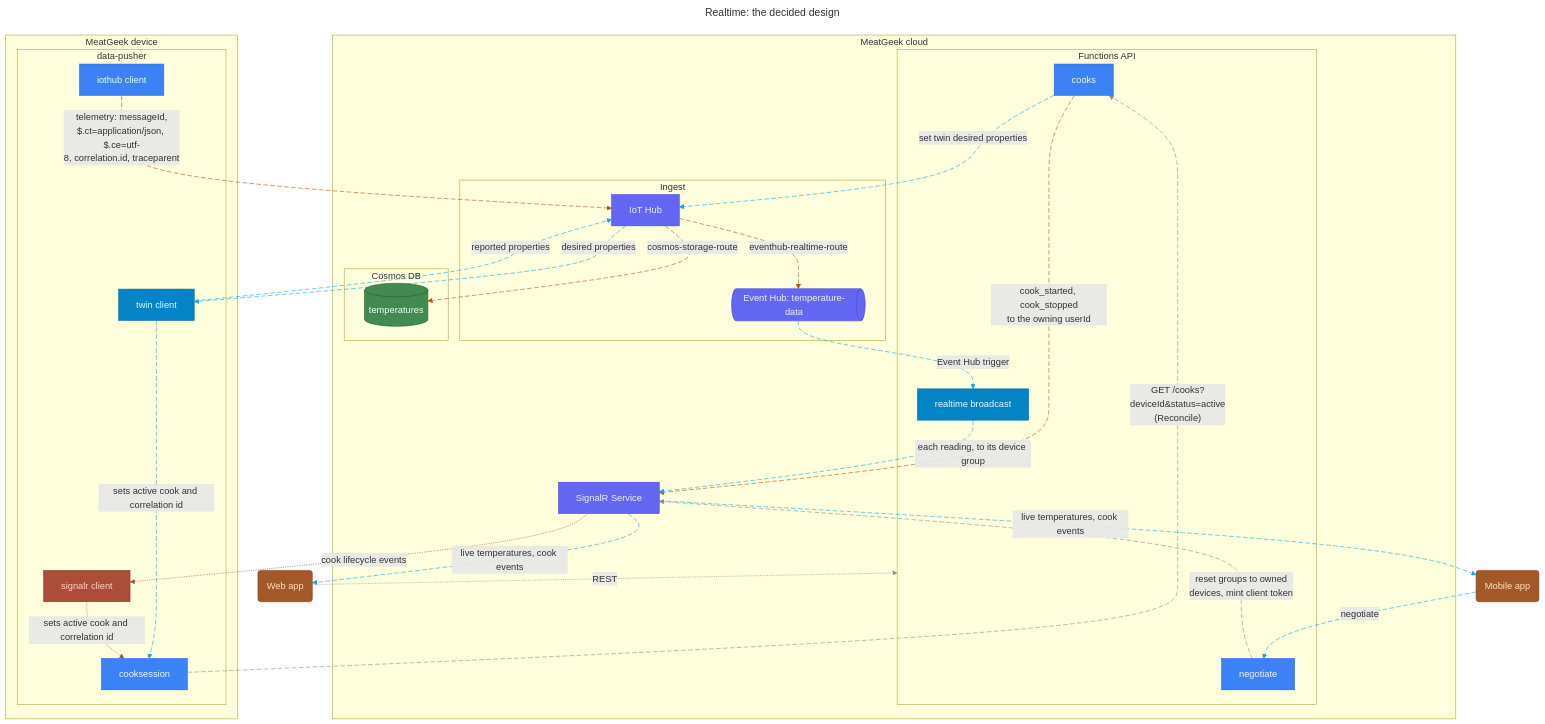
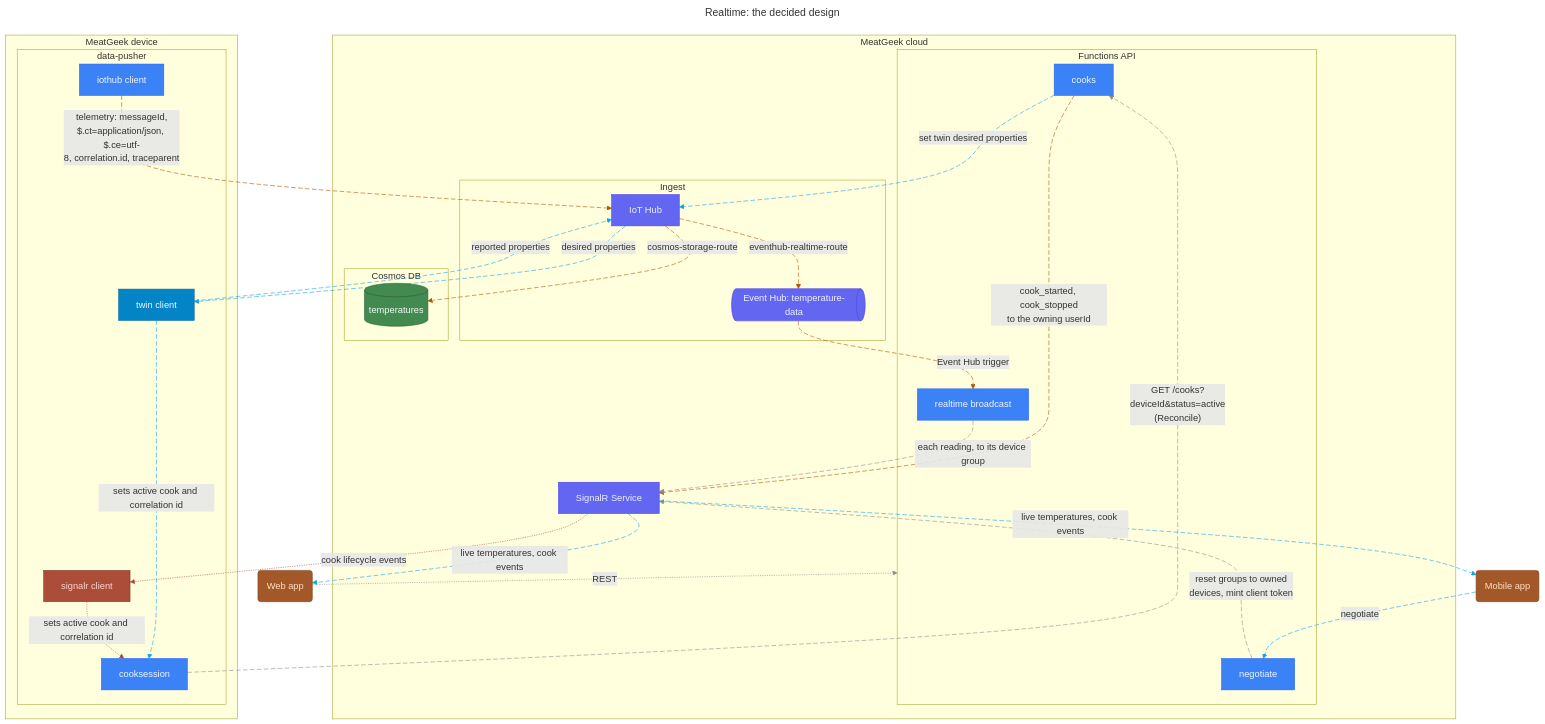
One commit to stevebargelt/meatgeekv2 changed diagram 17 of 19 in docs/architecture/diagrams.md. Above: the diagram before and after it, drawn with Mermaid. The commit also changed other lines of this file and 12 other files, not shown here.

First line of the commit message:
feat(api): HAR-60 broadcastTemperature pushes each temperature-data reading to its device-{id} SignalR group

````diff
--- a/docs/architecture/diagrams.md
+++ b/docs/architecture/diagrams.md
@@ -1214,72 +1210,72 @@
 ```mermaid
 ---
 title: "Realtime: the decided design"
 ---
 graph TB
   subgraph MeatgeekCloud["`MeatGeek cloud`"]
     subgraph MeatgeekCloud.Api["`Functions API`"]
       MeatgeekCloud.Api.Cooks@{ shape: rectangle, label: "cooks" }
       MeatgeekCloud.Api.Negotiate@{ shape: rectangle, label: "negotiate" }
       MeatgeekCloud.Api.Broadcast@{ shape: rectangle, label: "realtime broadcast" }
     end
     subgraph MeatgeekCloud.Ingest["`Ingest`"]
       MeatgeekCloud.Ingest.Iothub@{ shape: rectangle, label: "IoT Hub" }
       MeatgeekCloud.Ingest.Eventhub@{ shape: horizontal-cylinder, label: "Event Hub: temperature-data" }
     end
     subgraph MeatgeekCloud.Data["`Cosmos DB`"]
       MeatgeekCloud.Data.Temperatures@{ shape: cylinder, label: "temperatures" }
     end
     MeatgeekCloud.Realtime@{ shape: rectangle, label: "SignalR Service" }
   end
   subgraph MeatgeekEdge["`MeatGeek device`"]
     subgraph MeatgeekEdge.Pusher["`data-pusher`"]
       MeatgeekEdge.Pusher.Iot@{ shape: rectangle, label: "iothub client" }
       MeatgeekEdge.Pusher.Twin@{ shape: rectangle, label: "twin client" }
       MeatgeekEdge.Pusher.Signalr@{ shape: rectangle, label: "signalr client" }
       MeatgeekEdge.Pusher.Session@{ shape: rectangle, label: "cooksession" }
     end
   end
   MeatgeekMobile@{ shape: rounded, label: "Mobile app" }
   MeatgeekWeb@{ shape: rounded, label: "Web app" }
   MeatgeekCloud.Api.Cooks -. "`set twin desired properties`" .-> MeatgeekCloud.Ingest.Iothub
   MeatgeekCloud.Ingest.Iothub -. "`eventhub-realtime-route`" .-> MeatgeekCloud.Ingest.Eventhub
   MeatgeekCloud.Ingest.Eventhub -. "`Event Hub trigger`" .-> MeatgeekCloud.Api.Broadcast
   MeatgeekCloud.Api.Cooks -. "`cook_started, cook_stopped
 to the owning userId`" .-> MeatgeekCloud.Realtime
   MeatgeekCloud.Api.Broadcast -. "`each reading, to its device group`" .-> MeatgeekCloud.Realtime
   MeatgeekCloud.Api.Negotiate -. "`reset groups to owned
 devices, mint client token`" .-> MeatgeekCloud.Realtime
   MeatgeekCloud.Ingest.Iothub -. "`desired properties`" .-> MeatgeekEdge.Pusher.Twin
   MeatgeekEdge.Pusher.Twin -. "`reported properties`" .-> MeatgeekCloud.Ingest.Iothub
   MeatgeekCloud.Realtime -. "`cook lifecycle events`" .-> MeatgeekEdge.Pusher.Signalr
   MeatgeekEdge.Pusher.Twin -. "`sets active cook and correlation id`" .-> MeatgeekEdge.Pusher.Session
   MeatgeekEdge.Pusher.Signalr -. "`sets active cook and correlation id`" .-> MeatgeekEdge.Pusher.Session
   MeatgeekEdge.Pusher.Session -. "`GET /cooks?
 deviceId&status=active
 (Reconcile)`" .-> MeatgeekCloud.Api.Cooks
   MeatgeekEdge.Pusher.Iot -. "`telemetry: messageId,
 $.ct=application/json, $.ce=utf-
 8, correlation.id, traceparent`" .-> MeatgeekCloud.Ingest.Iothub
   MeatgeekCloud.Ingest.Iothub -. "`cosmos-storage-route`" .-> MeatgeekCloud.Data.Temperatures
   MeatgeekCloud.Realtime -. "`live temperatures, cook events`" .-> MeatgeekMobile
   MeatgeekMobile -. "`negotiate`" .-> MeatgeekCloud.Api.Negotiate
   MeatgeekCloud.Realtime -. "`live temperatures, cook events`" .-> MeatgeekWeb
   MeatgeekWeb -. "`REST`" .-> MeatgeekCloud.Api
   classDef primary fill:#3b82f6,stroke:#2563eb,color:#eff6ff
-  class MeatgeekEdge.Pusher.Iot,MeatgeekCloud.Api.Cooks,MeatgeekCloud.Api.Negotiate,MeatgeekEdge.Pusher.Session primary
+  class MeatgeekEdge.Pusher.Iot,MeatgeekCloud.Api.Cooks,MeatgeekCloud.Api.Negotiate,MeatgeekCloud.Api.Broadcast,MeatgeekEdge.Pusher.Session primary
   classDef indigo fill:#6366f1,stroke:#4f46e5,color:#eef2ff
   class MeatgeekCloud.Ingest.Iothub,MeatgeekCloud.Ingest.Eventhub,MeatgeekCloud.Realtime indigo
-  classDef sky fill:#0284c7,stroke:#0369a1,color:#f0f9ff
-  class MeatgeekCloud.Api.Broadcast,MeatgeekEdge.Pusher.Twin sky
   classDef green fill:#428a4f,stroke:#2d5d39,color:#f8fafc
   class MeatgeekCloud.Data.Temperatures green
   classDef amber fill:#A35829,stroke:#7E451D,color:#FFE0C2
   class MeatgeekMobile,MeatgeekWeb amber
+  classDef sky fill:#0284c7,stroke:#0369a1,color:#f0f9ff
+  class MeatgeekEdge.Pusher.Twin sky
   classDef red fill:#AC4D39,stroke:#853A2D,color:#FBD3CB
   class MeatgeekEdge.Pusher.Signalr red
-  linkStyle 0,2,4,6,7,9,14,15,16 stroke:#0ea5e9,stroke-dasharray:8 4
-  linkStyle 1,3,12,13 stroke:#b45309,stroke-dasharray:8 4
-  linkStyle 5,11 stroke:#8D8D8D,stroke-dasharray:8 4
+  linkStyle 0,6,7,9,14,15,16 stroke:#0ea5e9,stroke-dasharray:8 4
+  linkStyle 1,2,3,12,13 stroke:#b45309,stroke-dasharray:8 4
+  linkStyle 4,5,11 stroke:#8D8D8D,stroke-dasharray:8 4
   linkStyle 8,10 stroke:#AC4D39
   linkStyle 17 stroke:#8D8D8D
 ```
````
